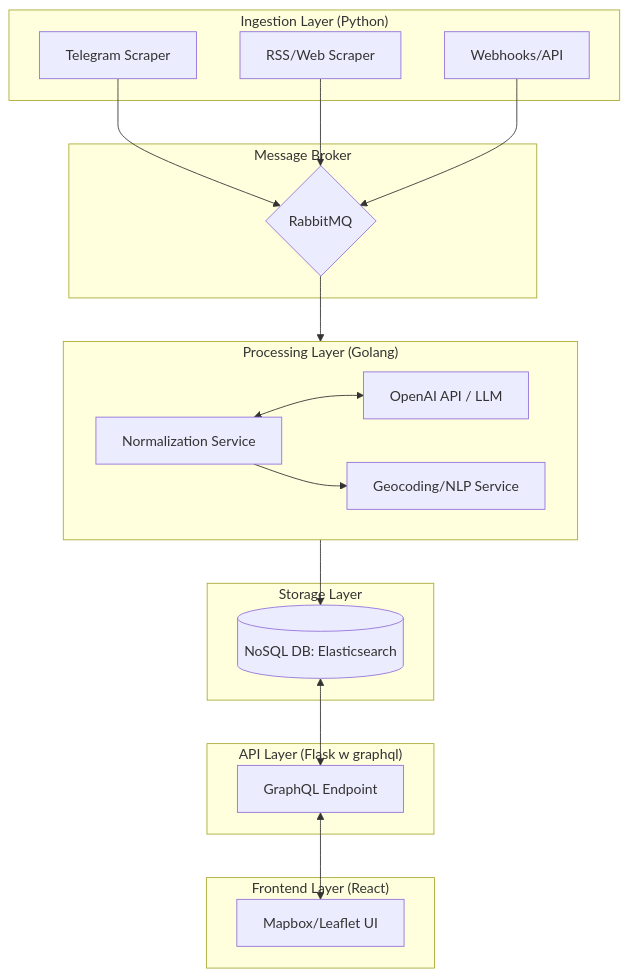
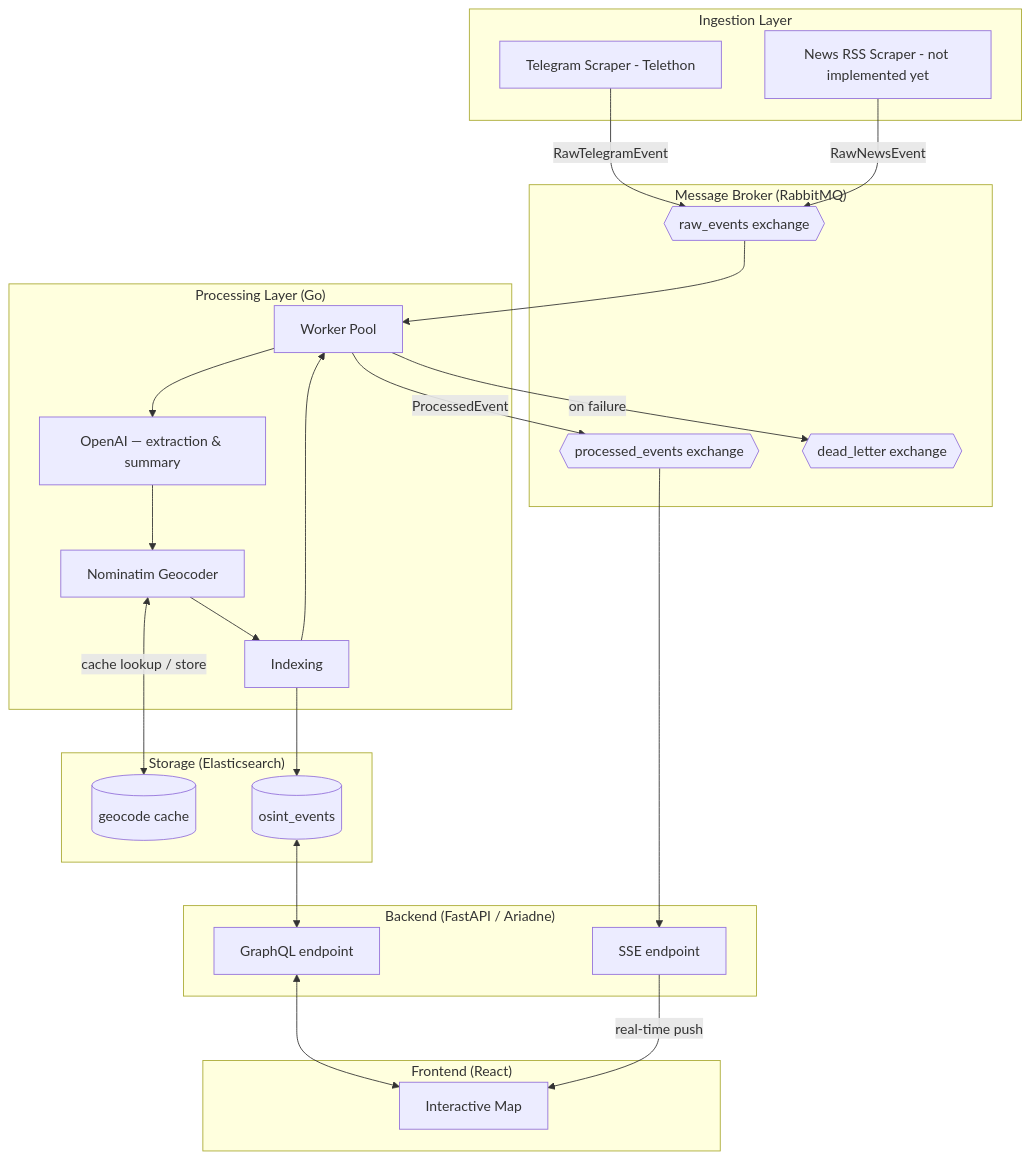
The diagram in ARCHITECTURE.md (IshaySela/israel-osint-ai), drawn with Mermaid before and after one commit. The commit also changed other lines of this file, not shown here.

Commit message:
docs: update architecture diagram and data flow breakdown

````diff
--- a/ARCHITECTURE.md
+++ b/ARCHITECTURE.md
@@ -6,48 +6,56 @@
 ```mermaid
 graph TD
     %% Ingestion Layer
-    subgraph Ingestion ["Ingestion Layer (Python)"]
-        T[Telegram Scraper]
-        R[RSS/Web Scraper]
-        W[Webhooks/API]
+    subgraph Ingestion ["Ingestion Layer"]
+        T[Telegram Scraper - Telethon]
+        NEWS[News RSS Scraper - not implemented yet]
     end
 
     %% Message Broker
-    subgraph Broker ["Message Broker"]
-        MQ{RabbitMQ}
+    subgraph Broker ["Message Broker (RabbitMQ)"]
+        RE{{raw_events exchange}}
+        PE{{processed_events exchange}}
+        DLX{{dead_letter exchange}}
     end
 
     %% Processing Layer
-    subgraph Processing ["Processing Layer (Golang)"]
-        direction LR
-        NS[Normalization Service]
-        LLM[OpenAI API / LLM]
-        GS[Geocoding/NLP Service]
+    subgraph Processing ["Processing Layer (Go)"]
+        WP[Worker Pool]
+        LLM[OpenAI — extraction & summary]
+        GEO[Nominatim Geocoder]
+        IDX[Indexing]
     end
 
     %% Storage
-    subgraph Storage ["Storage Layer"]
-        DB[(NoSQL DB: Elasticsearch)]
+    subgraph Storage ["Storage (Elasticsearch)"]
+        GC[(geocode cache)]
+        OSINT[(osint_events)]
     end
 
     %% API Layer
-    subgraph API ["API Layer (Flask w graphql)"]
-        QL[GraphQL Endpoint]
+    subgraph API ["Backend (FastAPI / Ariadne)"]
+        GQL[GraphQL endpoint]
+        SSE[SSE endpoint]
     end
 
     %% Frontend Layer
-    subgraph Frontend ["Frontend Layer (React)"]
-        Map[Mapbox/Leaflet UI]
+    subgraph Frontend ["Frontend (React)"]
+        Map[Interactive Map]
     end
 
-    %% Data Flow
-    T --> MQ
-    R --> MQ
-    W --> MQ
-    MQ --> NS
-    NS <--> LLM
-    NS --> GS
-    GS --> DB
-    DB <--> QL
-    QL <--> Map
+    T -->|RawTelegramEvent| RE
+    NEWS-->|RawNewsEvent| RE
+    RE --> WP
+    WP --> LLM
+    LLM --> GEO
+    GEO <-->|cache lookup / store| GC
+    GEO --> IDX
+    IDX --> OSINT
+    IDX --> WP
+    WP -->|ProcessedEvent| PE
+    OSINT <--> GQL
+    PE --> SSE
+    GQL <--> Map
+    SSE -->|real-time push| Map
+    WP -->|on failure| DLX
 ```
````
